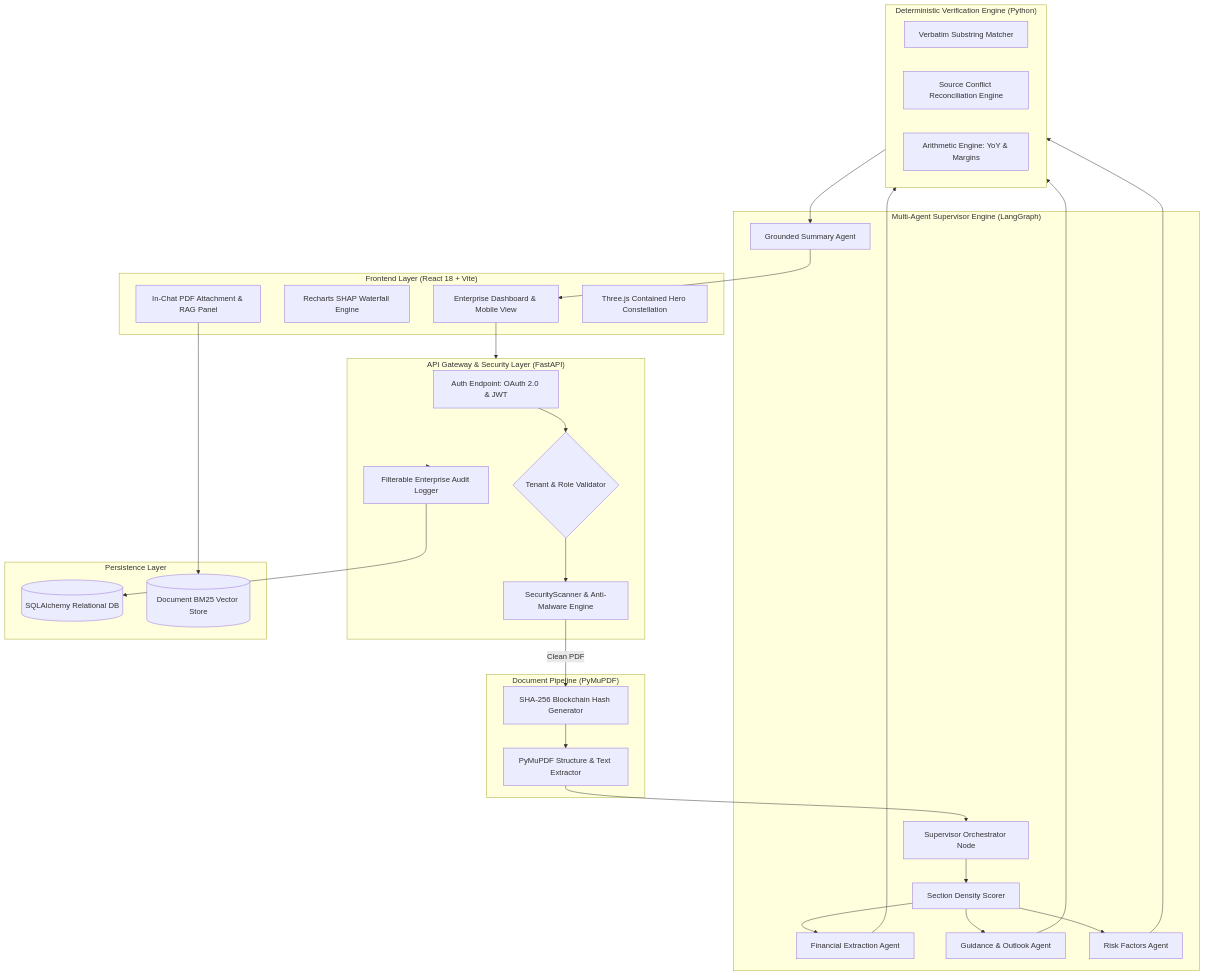
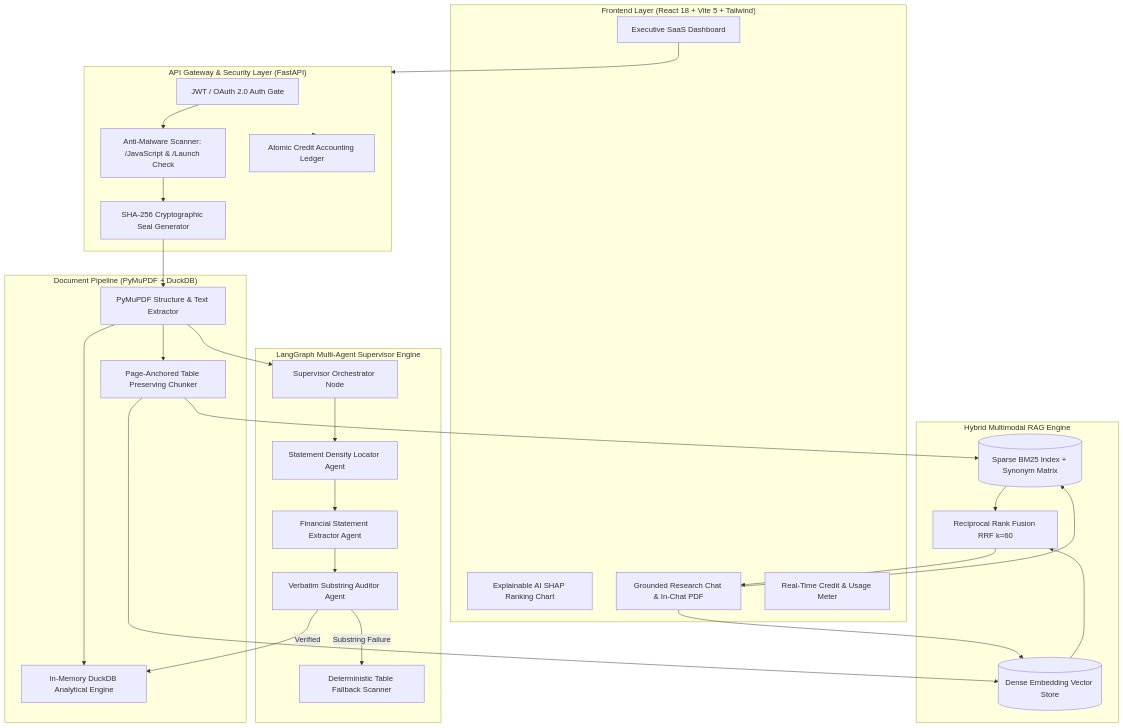
The first of 3 diagrams in ARCHITECTURE.md (Rudranarayan666/Finance-agent), drawn with Mermaid before and after one commit. The commit also changed other lines of this file and 38 other files, not shown here.

Commit message:
feat: enterprise saas platform, mathematical rag and shap pipelines, credit accounting, and documentation

````diff
--- a/ARCHITECTURE.md
+++ b/ARCHITECTURE.md
@@ -49,58 +44,52 @@
 ```mermaid
 flowchart TD
-    subgraph CLIENT ["Frontend Layer (React 18 + Vite)"]
-        UI[Enterprise Dashboard & Mobile View]
-        SHAP[Recharts SHAP Waterfall Engine]
-        CHAT[In-Chat PDF Attachment & RAG Panel]
-        3D[Three.js Contained Hero Constellation]
+    subgraph CLIENT ["Frontend Layer (React 18 + Vite 5 + Tailwind)"]
+        UI[Executive SaaS Dashboard]
+        SHAP_CHART[Explainable AI SHAP Ranking Chart]
+        RAG_CHAT[Grounded Research Chat & In-Chat PDF]
+        CREDIT_METER[Real-Time Credit & Usage Meter]
     end
 
-    subgraph API_GATEWAY ["API Gateway & Security Layer (FastAPI)"]
-        AUTH[Auth Endpoint: OAuth 2.0 & JWT]
-        RBAC{Tenant & Role Validator}
-        SEC[SecurityScanner & Anti-Malware Engine]
-        AUDIT[Filterable Enterprise Audit Logger]
+    subgraph GATEWAY ["API Gateway & Security Layer (FastAPI)"]
+        AUTH[JWT / OAuth 2.0 Auth Gate]
+        MALWARE[Anti-Malware Scanner: /JavaScript & /Launch Check]
+        SEAL[SHA-256 Cryptographic Seal Generator]
+        LEDGER_SVC[Atomic Credit Accounting Ledger]
     end
 
-    subgraph INGESTION ["Document Pipeline (PyMuPDF)"]
-        PARSE[PyMuPDF Structure & Text Extractor]
-        SEAL[SHA-256 Blockchain Hash Generator]
+    subgraph INGESTION ["Document Pipeline (PyMuPDF + DuckDB)"]
+        PARSER[PyMuPDF Structure & Text Extractor]
+        DUCK[In-Memory DuckDB Analytical Engine]
+        CHUNKER[Page-Anchored Table Preserving Chunker]
     end
 
-    subgraph AGENT_CORE ["Multi-Agent Supervisor Engine (LangGraph)"]
-        SUP[Supervisor Orchestrator Node]
-        DENSITY[Section Density Scorer]
-        
-        FIN[Financial Extraction Agent]
-        GUIDE[Guidance & Outlook Agent]
-        RISK[Risk Factors Agent]
-        INTERP[Grounded Summary Agent]
+    subgraph RETRIEVAL ["Hybrid Multimodal RAG Engine"]
+        BM25_IDX[(Sparse BM25 Index + Synonym Matrix)]
+        VECTOR_IDX[(Dense Embedding Vector Store)]
+        RRF_FUSION[Reciprocal Rank Fusion RRF k=60]
     end
 
-    subgraph GROUNDING ["Deterministic Verification Engine (Python)"]
-        SUBSTRING[Verbatim Substring Matcher]
-        RECON[Source Conflict Reconciliation Engine]
-        ARITH[Arithmetic Engine: YoY & Margins]
+    subgraph AGENT_CORE ["LangGraph Multi-Agent Supervisor Engine"]
+        SUPERVISOR[Supervisor Orchestrator Node]
+        LOCATOR[Statement Density Locator Agent]
+        EXTRACTOR[Financial Statement Extractor Agent]
+        AUDITOR[Verbatim Substring Auditor Agent]
+        FALLBACK_HEURISTIC[Deterministic Table Fallback Scanner]
     end
 
-    subgraph STORAGE ["Persistence Layer"]
-        DB[(SQLAlchemy Relational DB)]
-        CHROMA[(Document BM25 Vector Store)]
-    end
-
-    UI --> API_GATEWAY
-    AUTH --> RBAC
-    RBAC --> SEC
-    SEC -->|Clean PDF| SEAL
-    SEAL --> PARSE
-    PARSE --> SUP
-
-    SUP --> DENSITY
-    DENSITY --> FIN & GUIDE & RISK
-    FIN & GUIDE & RISK --> GROUNDING
-    GROUNDING --> INTERP
-    INTERP --> UI
-
-    CHAT --> CHROMA
-    API_GATEWAY --> AUDIT --> DB
+    UI --> GATEWAY
+    AUTH --> MALWARE
+    MALWARE --> SEAL
+    SEAL --> PARSER
+    PARSER --> DUCK & CHUNKER
+    CHUNKER --> BM25_IDX & VECTOR_IDX
+    
+    PARSER --> SUPERVISOR
+    SUPERVISOR --> LOCATOR --> EXTRACTOR --> AUDITOR
+    AUDITOR -- Substring Failure --> FALLBACK_HEURISTIC
+    AUDITOR -- Verified --> DUCK
+    
+    RAG_CHAT --> BM25_IDX & VECTOR_IDX
+    BM25_IDX & VECTOR_IDX --> RRF_FUSION --> RAG_CHAT
+    GATEWAY --> LEDGER_SVC
 ```
````
